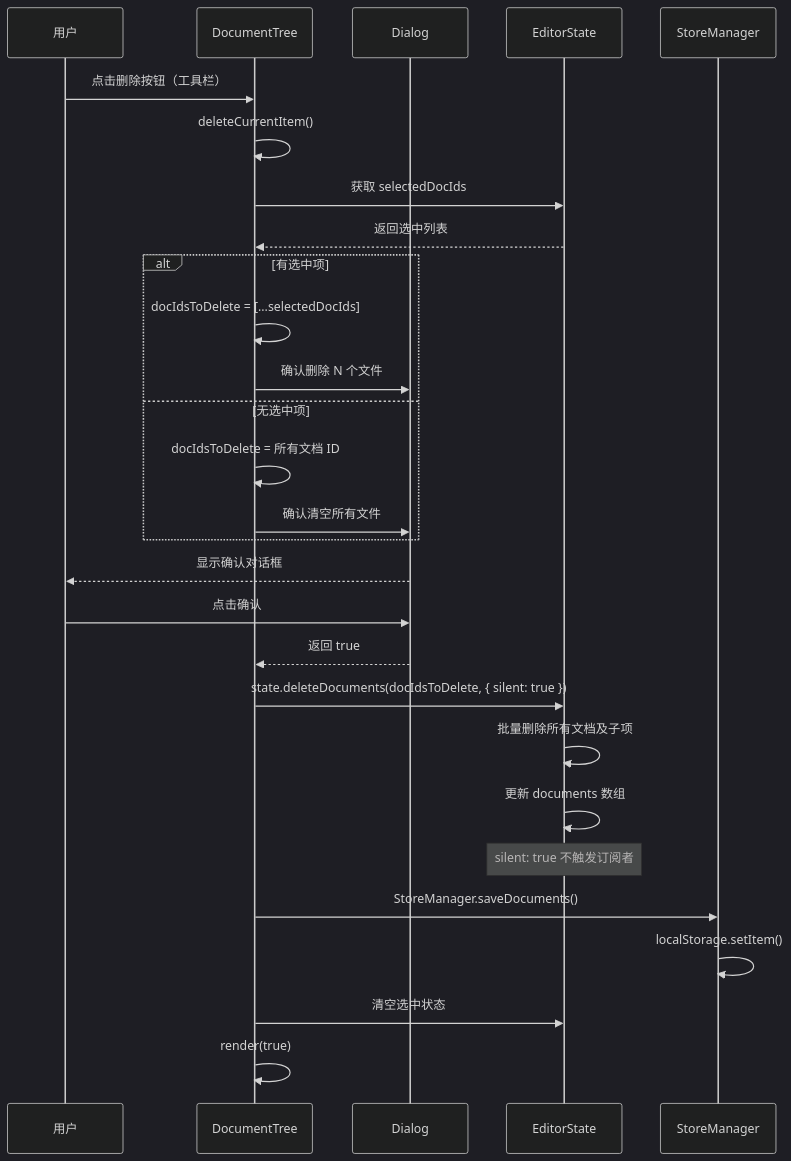
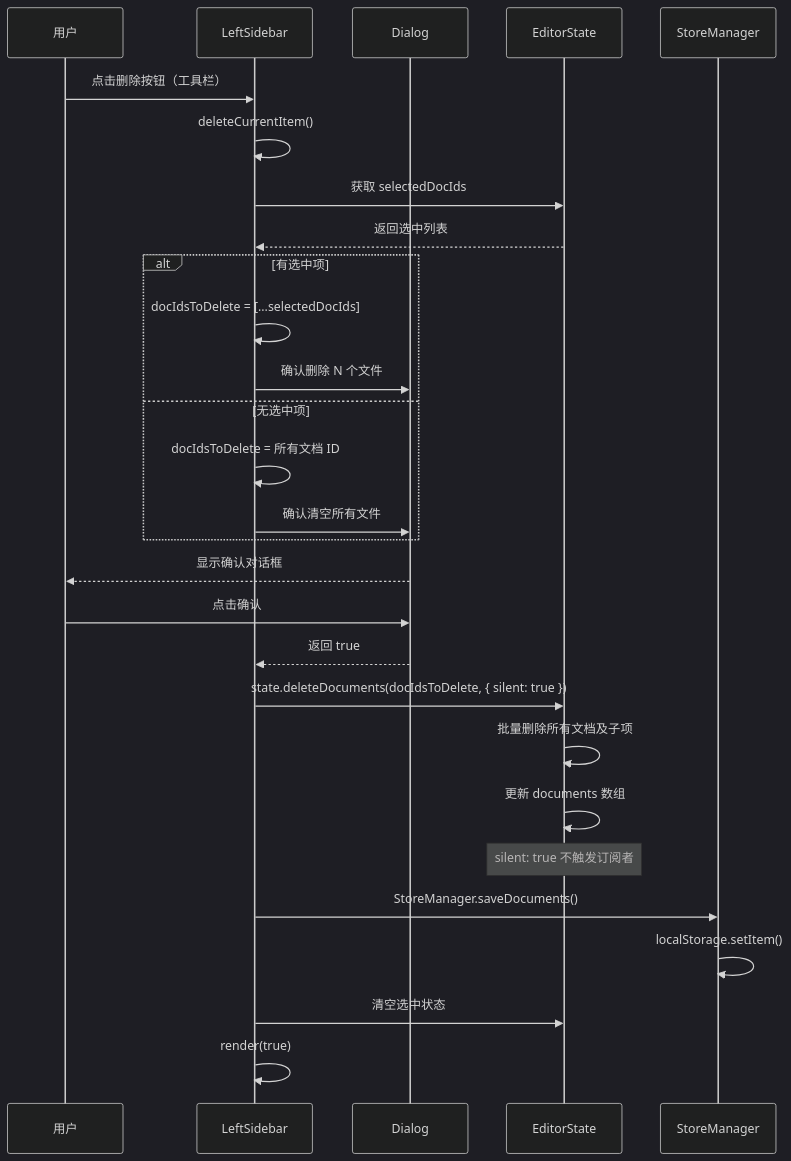
One commit to ZCShou/markdown changed the fourth of 7 diagrams in docs/document.md. Above: the diagram before and after it, drawn with Mermaid (dark theme). The commit also changed other lines of this file and 8 other files, not shown here.

Commit message:
refactor: merge sidebar and document tree components into left/right sidebars

````diff
--- a/docs/document.md
+++ b/docs/document.md
@@ -741,37 +741,37 @@
 ```mermaid
 sequenceDiagram
     participant User as 用户
-    participant DocList as DocumentTree
+    participant DocList as LeftSidebar
     participant Dialog as Dialog
     participant State as EditorState
     participant Store as StoreManager
 
     User->>DocList: 点击删除按钮（工具栏）
     DocList->>DocList: deleteCurrentItem()
     
     DocList->>State: 获取 selectedDocIds
     State-->>DocList: 返回选中列表
     
     alt 有选中项
         DocList->>DocList: docIdsToDelete = [...selectedDocIds]
         DocList->>Dialog: 确认删除 N 个文件
     else 无选中项
         DocList->>DocList: docIdsToDelete = 所有文档 ID
         DocList->>Dialog: 确认清空所有文件
     end
     
     Dialog-->>User: 显示确认对话框
     User->>Dialog: 点击确认
     Dialog-->>DocList: 返回 true
     
     DocList->>State: state.deleteDocuments(docIdsToDelete, { silent: true })
     State->>State: 批量删除所有文档及子项
     State->>State: 更新 documents 数组
     Note over State: silent: true 不触发订阅者
     
     DocList->>Store: StoreManager.saveDocuments()
     Store->>Store: localStorage.setItem()
     
     DocList->>State: 清空选中状态
     DocList->>DocList: render(true)
 ```
````
